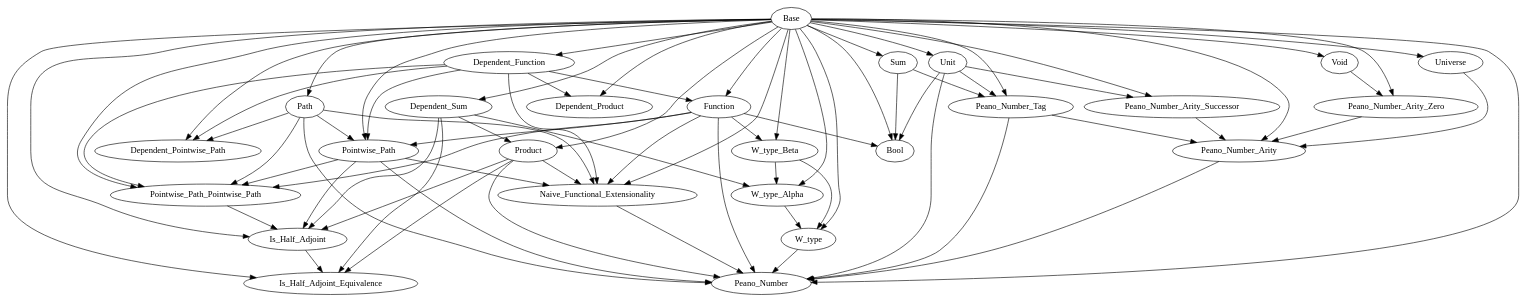
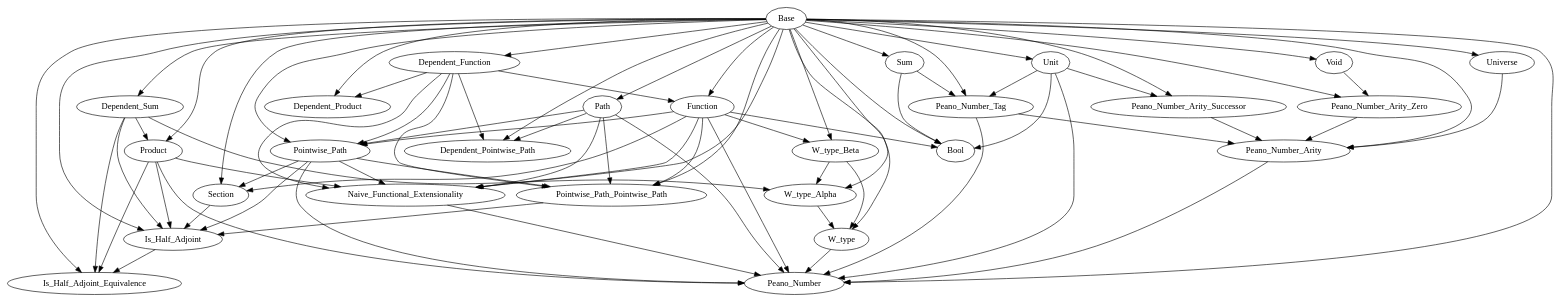
Before and after one commit to Hexirp/googology-in-coq: the diagram in libraries/dependencies.gv, drawn with Graphviz. The commit also changed 4 other files, not shown here.

```diff
--- a/libraries/dependencies.gv
+++ b/libraries/dependencies.gv
@@ -1,102 +1,107 @@
 digraph Dependencies {
   # Base
   # Dependent_Function
   "Base" -> "Dependent_Function";
   # Function
   "Base" -> "Function";
   "Dependent_Function" -> "Function";
   # Dependent_Product
   "Base" -> "Dependent_Product";
   "Dependent_Function" -> "Dependent_Product";
   # Dependent_Sum
   "Base" -> "Dependent_Sum";
   # Product
   "Base" -> "Product";
   "Dependent_Sum" -> "Product";
   # Sum
   "Base" -> "Sum";
   # Unit
   "Base" -> "Unit";
   # Void
   "Base" -> "Void";
   # W_type_Beta
   "Base" -> "W_type_Beta";
   "Function" -> "W_type_Beta";
   # W_type_Alpha
   "Base" -> "W_type_Alpha";
   "Dependent_Sum" -> "W_type_Alpha";
   "W_type_Beta" -> "W_type_Alpha";
   # W_type
   "Base" -> "W_type";
   "W_type_Alpha" -> "W_type";
   "W_type_Beta" -> "W_type";
   # Universe
   "Base" -> "Universe";
   # Path
   "Base" -> "Path";
   # Dependent_Pointwise_Path
   "Base" -> "Dependent_Pointwise_Path";
   "Dependent_Function" -> "Dependent_Pointwise_Path";
   "Path" -> "Dependent_Pointwise_Path";
   # Pointwise_Path
   "Base" -> "Pointwise_Path";
   "Dependent_Function" -> "Pointwise_Path";
   "Function" -> "Pointwise_Path";
   "Path" -> "Pointwise_Path";
   # Pointwise_Path_Pointwise_Path
   "Base" -> "Pointwise_Path_Pointwise_Path";
   "Dependent_Function" -> "Pointwise_Path_Pointwise_Path";
   "Function" -> "Pointwise_Path_Pointwise_Path";
   "Path" -> "Pointwise_Path_Pointwise_Path";
   "Pointwise_Path" -> "Pointwise_Path_Pointwise_Path";
+  # Section
+  "Base" -> "Section";
+  "Function" -> "Section";
+  "Pointwise_Path" -> "Section";
   # Is_Half_Adjoint
   "Base" -> "Is_Half_Adjoint";
   "Dependent_Sum" -> "Is_Half_Adjoint";
   "Product" -> "Is_Half_Adjoint";
   "Pointwise_Path" -> "Is_Half_Adjoint";
   "Pointwise_Path_Pointwise_Path" -> "Is_Half_Adjoint";
+  "Section" -> "Is_Half_Adjoint";
   # Is_Half_Adjoint_Equivalence
   "Base" -> "Is_Half_Adjoint_Equivalence";
   "Dependent_Sum" -> "Is_Half_Adjoint_Equivalence";
   "Product" -> "Is_Half_Adjoint_Equivalence";
   "Is_Half_Adjoint" -> "Is_Half_Adjoint_Equivalence";
   # Naive_Functional_Extensionality
   "Base" -> "Naive_Functional_Extensionality";
   "Dependent_Function" -> "Naive_Functional_Extensionality";
   "Function" -> "Naive_Functional_Extensionality";
   "Product" -> "Naive_Functional_Extensionality";
   "Path" -> "Naive_Functional_Extensionality";
   "Pointwise_Path" -> "Naive_Functional_Extensionality";
   # Bool
   "Base" -> "Bool";
   "Function" -> "Bool";
   "Sum" -> "Bool";
   "Unit" -> "Bool";
   # Peano_Number_Tag
   "Base" -> "Peano_Number_Tag";
   "Sum" -> "Peano_Number_Tag";
   "Unit" -> "Peano_Number_Tag";
   # Peano_Number_Arity_Zero
   "Base" -> "Peano_Number_Arity_Zero";
   "Void" -> "Peano_Number_Arity_Zero";
   # Peano_Number_Arity_Successor
   "Base" -> "Peano_Number_Arity_Successor";
   "Unit" -> "Peano_Number_Arity_Successor";
   # Peano_Number_Arity
   "Base" -> "Peano_Number_Arity";
   "Universe" -> "Peano_Number_Arity";
   "Peano_Number_Tag" -> "Peano_Number_Arity";
   "Peano_Number_Arity_Zero" -> "Peano_Number_Arity";
   "Peano_Number_Arity_Successor" -> "Peano_Number_Arity";
   # Peano_Number
   "Base" -> "Peano_Number";
   "Function" -> "Peano_Number";
   "Product" -> "Peano_Number";
   "Unit" -> "Peano_Number";
   "W_type" -> "Peano_Number";
   "Path" -> "Peano_Number";
   "Pointwise_Path" -> "Peano_Number";
   "Naive_Functional_Extensionality" -> "Peano_Number";
   "Peano_Number_Tag" -> "Peano_Number";
   "Peano_Number_Arity" -> "Peano_Number";
 }
```
